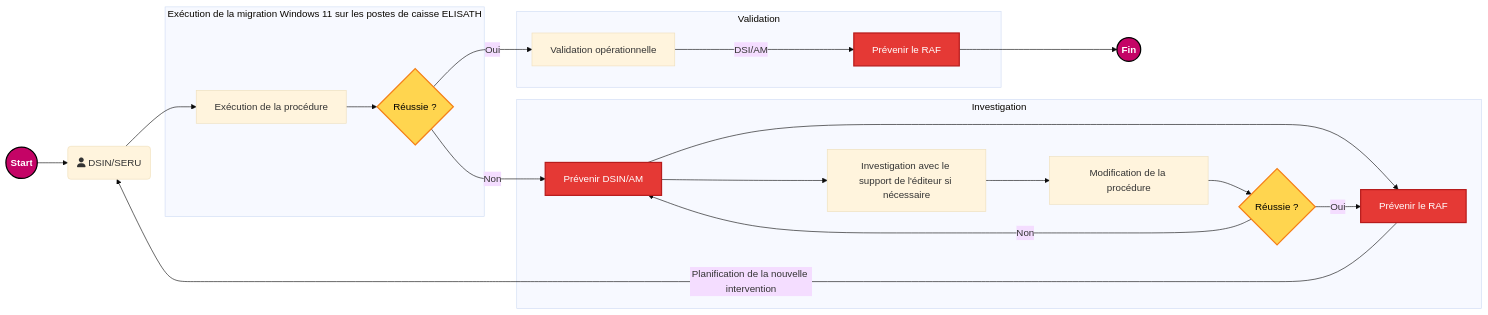
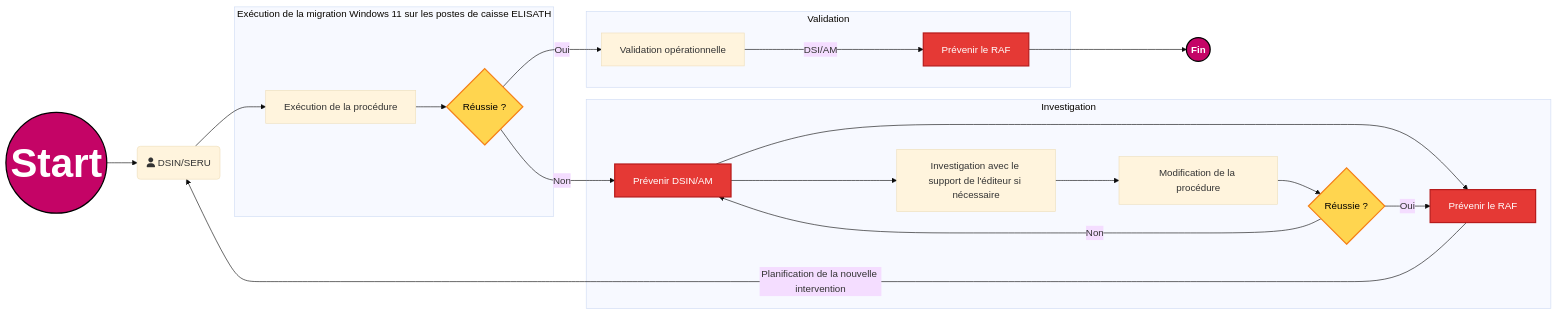
The diagram in all/Flux de validation.md (fdadda/iodraw-files), drawn with Mermaid (base theme) before and after one commit.

Commit message:
2026-05-12 11:26:09 update

````diff
--- a/all/Flux de validation.md
+++ b/all/Flux de validation.md
@@ -1,53 +1,53 @@
 ```mermaid
 flowchart LR
 
     start((Start)) --> A
     A(fa:fa-user DSIN/SERU) --> B[Exécution de la procédure]
 
     subgraph Exécution de la migration Windows 11 sur les postes de caisse ELISATH
         B --> C{Réussie ?}
     end
 
     subgraph Validation
         C -->|Oui| D[Validation opérationnelle]
         D -->|DSI/AM| J[Prévenir le RAF]
     end
 
     J --> fin((Fin))
 
     subgraph Investigation
         C -->|Non| E[Prévenir DSIN/AM]
         E --> F[Prévenir le RAF]
         E --> G[Investigation avec le support de l'éditeur si nécessaire]
         G --> H[Modification de la procédure]
         H --> I{Réussie ?}
         I -->|Oui| F
         I -->|Non| E
     end
 
     F -->|Planification de la nouvelle intervention| A
 
     %% --- STYLES ---
     classDef StartEndPoint fill:#c40466,stroke:#000,color:#fff,stroke-width:2px,font-size:16px,font-weight:bold;
     classDef decision      fill:#ffd54f,stroke:#f57f17,color:#000,stroke-width:2px;
     classDef error         fill:#e53935,stroke:#b71c1c,color:#fff,stroke-width:2px;
 
     %% --- AFFECTATION DES CLASSES ---
     class start,fin StartEndPoint;
     class C,I decision;
     class E,F,J error;
 
     %% --- “CEINTURE + BRETELLES” (force le style sur les 2 nœuds) ---
-    style start font-size:16px,font-weight:bold
+    style start font-size:66px,font-weight:bold
     style fin   font-size:16px,font-weight:bold
 
     %% --- Coide couleur ---
     %% Bleu marine #000080 un peu plus doux
     %% Midnight blue #191970 bleu nuit profond 
     %% Bleu foncé intense #080F70 plus “design”, légèrement grisé 
     %% Bleu foncé moderne #111184 un peu plus lumineux
     %% Orange #ffd54f
     %% Rouge #e53935
     %% Rose CAPI #c40466
 
 ```
````
